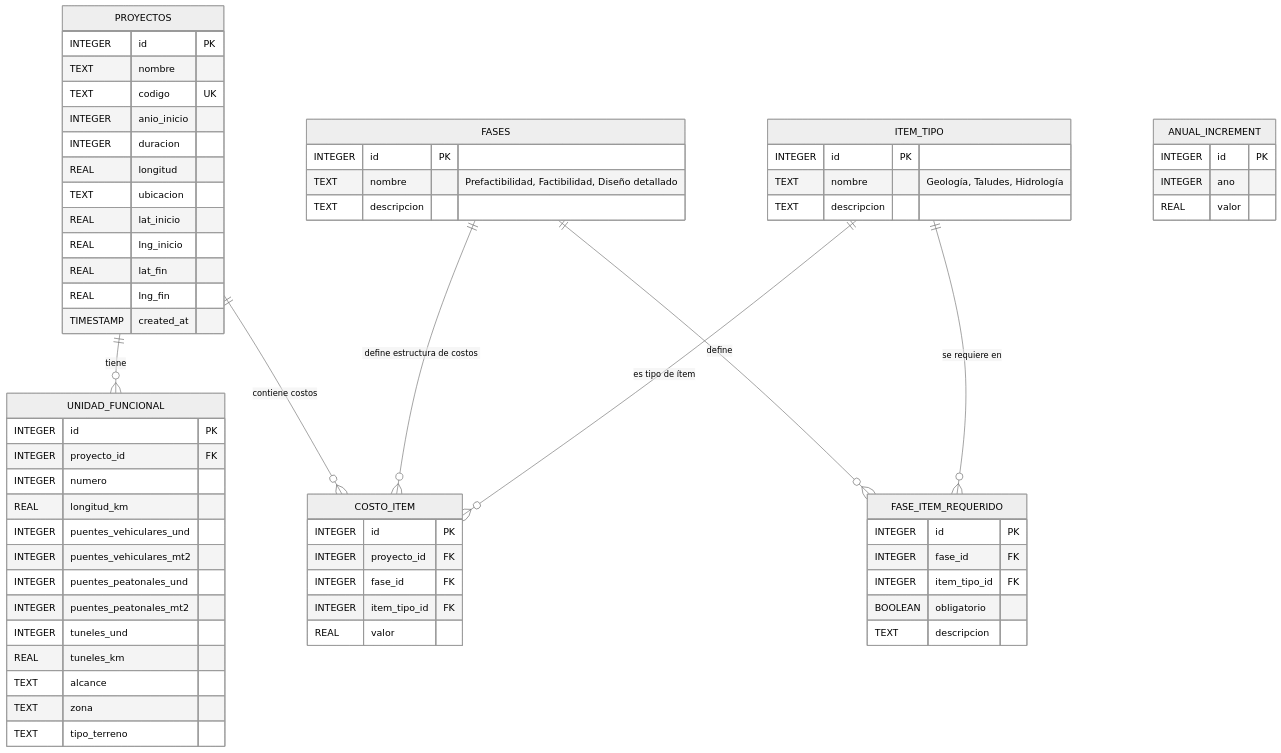
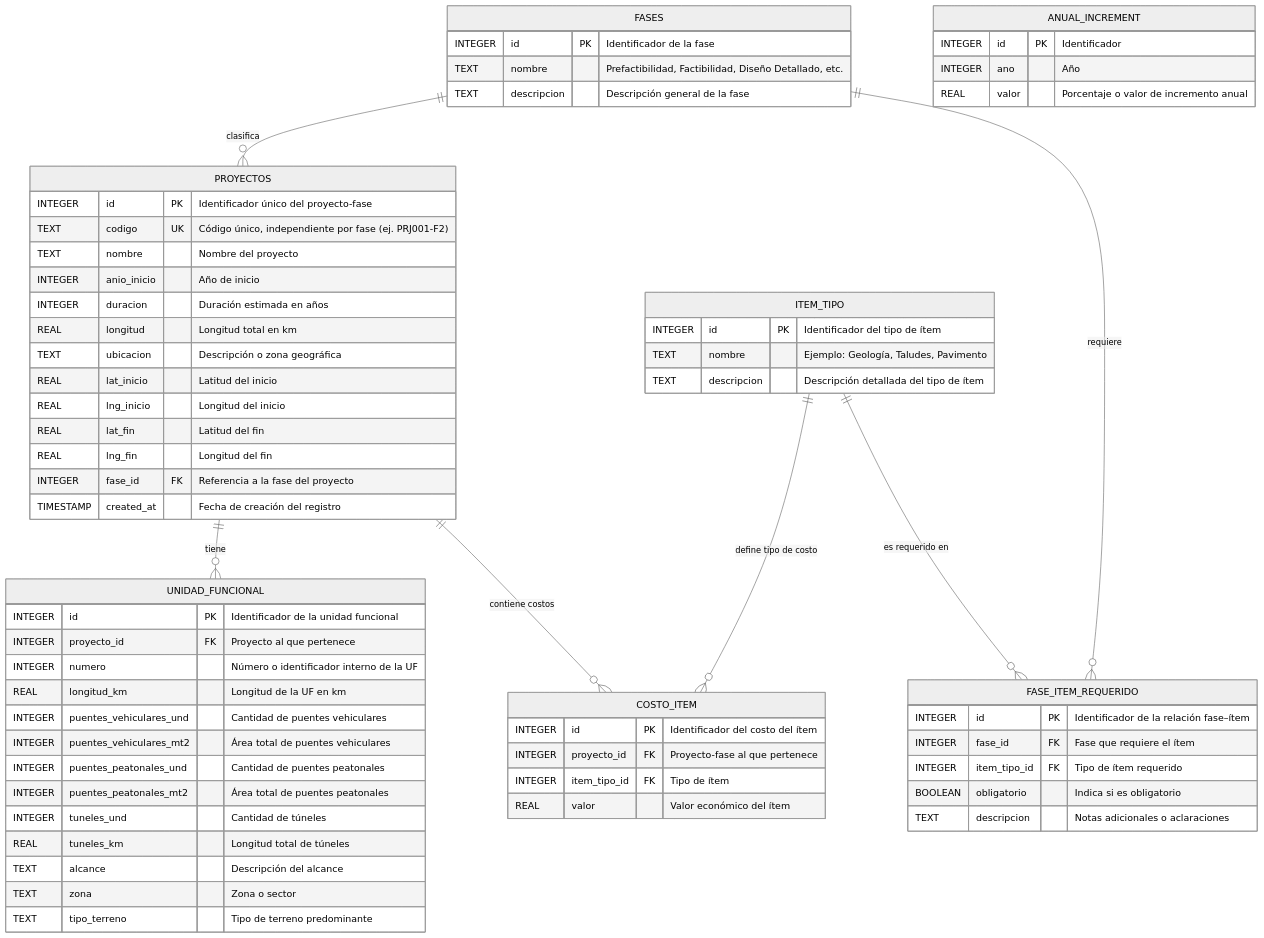
Before and after one commit to datascienceingetec/Road-Project-Prediction: the diagram in backend/docs/DB_SCHEMA.md, drawn with Mermaid (neutral theme). The commit also changed 1 other file, not shown here.

Commit message:
Update database redesign and new schema documentation

````diff
--- a/backend/docs/DB_SCHEMA.md
+++ b/backend/docs/DB_SCHEMA.md
@@ -1,73 +1,81 @@
 ``` mermaid
 ---
 config:
   layout: dagre
 ---
 erDiagram
-	direction TB
-	PROYECTOS {
-		INTEGER id PK ""  
-		TEXT nombre  ""  
-		TEXT codigo UK ""  
-		INTEGER anio_inicio  ""  
-		INTEGER duracion  ""  
-		REAL longitud  ""  
-		TEXT ubicacion  ""  
-		REAL lat_inicio  ""  
-		REAL lng_inicio  ""  
-		REAL lat_fin  ""  
-		REAL lng_fin  ""  
-		TIMESTAMP created_at  ""  
-	}
-	FASES {
-		INTEGER id PK ""  
-		TEXT nombre  "Prefactibilidad, Factibilidad, Diseño detallado"  
-		TEXT descripcion  ""  
-	}
-	UNIDAD_FUNCIONAL {
-		INTEGER id PK ""  
-		INTEGER proyecto_id FK ""  
-		INTEGER numero  ""  
-		REAL longitud_km  ""  
-		INTEGER puentes_vehiculares_und  ""  
-		INTEGER puentes_vehiculares_mt2  ""  
-		INTEGER puentes_peatonales_und  ""  
-		INTEGER puentes_peatonales_mt2  ""  
-		INTEGER tuneles_und  ""  
-		REAL tuneles_km  ""  
-		TEXT alcance  ""  
-		TEXT zona  ""  
-		TEXT tipo_terreno  ""  
-	}
-	ITEM_TIPO {
-		INTEGER id PK ""  
-		TEXT nombre  "Geología, Taludes, Hidrología"  
-		TEXT descripcion  ""  
-	}
-	FASE_ITEM_REQUERIDO {
-		INTEGER id PK ""  
-		INTEGER fase_id FK ""  
-		INTEGER item_tipo_id FK ""  
-		BOOLEAN obligatorio  ""  
-		TEXT descripcion  ""  
-	}
-	COSTO_ITEM {
-		INTEGER id PK ""  
-		INTEGER proyecto_id FK ""  
-		INTEGER fase_id FK ""  
-		INTEGER item_tipo_id FK ""  
-		REAL valor  ""  
-	}
-	ANUAL_INCREMENT {
-		INTEGER id PK ""  
-		INTEGER ano  ""  
-		REAL valor  ""  
-	}
+    direction TB
 
-	PROYECTOS||--o{UNIDAD_FUNCIONAL:"tiene"
-	PROYECTOS||--o{COSTO_ITEM:"contiene costos"
-	FASES||--o{COSTO_ITEM:"define estructura de costos"
-	FASES||--o{FASE_ITEM_REQUERIDO:"define"
-	ITEM_TIPO||--o{FASE_ITEM_REQUERIDO:"se requiere en"
-	ITEM_TIPO||--o{COSTO_ITEM:"es tipo de ítem"
+    PROYECTOS {
+        INTEGER id PK "Identificador único del proyecto-fase"
+        TEXT codigo UK "Código único, independiente por fase (ej. PRJ001-F2)"
+        TEXT nombre "Nombre del proyecto"
+        INTEGER anio_inicio "Año de inicio"
+        INTEGER duracion "Duración estimada en años"
+        REAL longitud "Longitud total en km"
+        TEXT ubicacion "Descripción o zona geográfica"
+        REAL lat_inicio "Latitud del inicio"
+        REAL lng_inicio "Longitud del inicio"
+        REAL lat_fin "Latitud del fin"
+        REAL lng_fin "Longitud del fin"
+        INTEGER fase_id FK "Referencia a la fase del proyecto"
+        TIMESTAMP created_at "Fecha de creación del registro"
+    }
+
+    FASES {
+        INTEGER id PK "Identificador de la fase"
+        TEXT nombre "Prefactibilidad, Factibilidad, Diseño Detallado, etc."
+        TEXT descripcion "Descripción general de la fase"
+    }
+
+    UNIDAD_FUNCIONAL {
+        INTEGER id PK "Identificador de la unidad funcional"
+        INTEGER proyecto_id FK "Proyecto al que pertenece"
+        INTEGER numero "Número o identificador interno de la UF"
+        REAL longitud_km "Longitud de la UF en km"
+        INTEGER puentes_vehiculares_und "Cantidad de puentes vehiculares"
+        INTEGER puentes_vehiculares_mt2 "Área total de puentes vehiculares"
+        INTEGER puentes_peatonales_und "Cantidad de puentes peatonales"
+        INTEGER puentes_peatonales_mt2 "Área total de puentes peatonales"
+        INTEGER tuneles_und "Cantidad de túneles"
+        REAL tuneles_km "Longitud total de túneles"
+        TEXT alcance "Descripción del alcance"
+        TEXT zona "Zona o sector"
+        TEXT tipo_terreno "Tipo de terreno predominante"
+    }
+
+    ITEM_TIPO {
+        INTEGER id PK "Identificador del tipo de ítem"
+        TEXT nombre "Ejemplo: Geología, Taludes, Pavimento"
+        TEXT descripcion "Descripción detallada del tipo de ítem"
+    }
+
+    FASE_ITEM_REQUERIDO {
+        INTEGER id PK "Identificador de la relación fase–ítem"
+        INTEGER fase_id FK "Fase que requiere el ítem"
+        INTEGER item_tipo_id FK "Tipo de ítem requerido"
+        BOOLEAN obligatorio "Indica si es obligatorio"
+        TEXT descripcion "Notas adicionales o aclaraciones"
+    }
+
+    COSTO_ITEM {
+        INTEGER id PK "Identificador del costo del ítem"
+        INTEGER proyecto_id FK "Proyecto-fase al que pertenece"
+        INTEGER item_tipo_id FK "Tipo de ítem"
+        REAL valor "Valor económico del ítem"
+    }
+
+    ANUAL_INCREMENT {
+        INTEGER id PK "Identificador"
+        INTEGER ano "Año"
+        REAL valor "Porcentaje o valor de incremento anual"
+    }
+
+    %% Relaciones
+    FASES ||--o{ PROYECTOS : "clasifica"
+    PROYECTOS ||--o{ UNIDAD_FUNCIONAL : "tiene"
+    PROYECTOS ||--o{ COSTO_ITEM : "contiene costos"
+    ITEM_TIPO ||--o{ COSTO_ITEM : "define tipo de costo"
+    FASES ||--o{ FASE_ITEM_REQUERIDO : "requiere"
+    ITEM_TIPO ||--o{ FASE_ITEM_REQUERIDO : "es requerido en"
 ```
````
